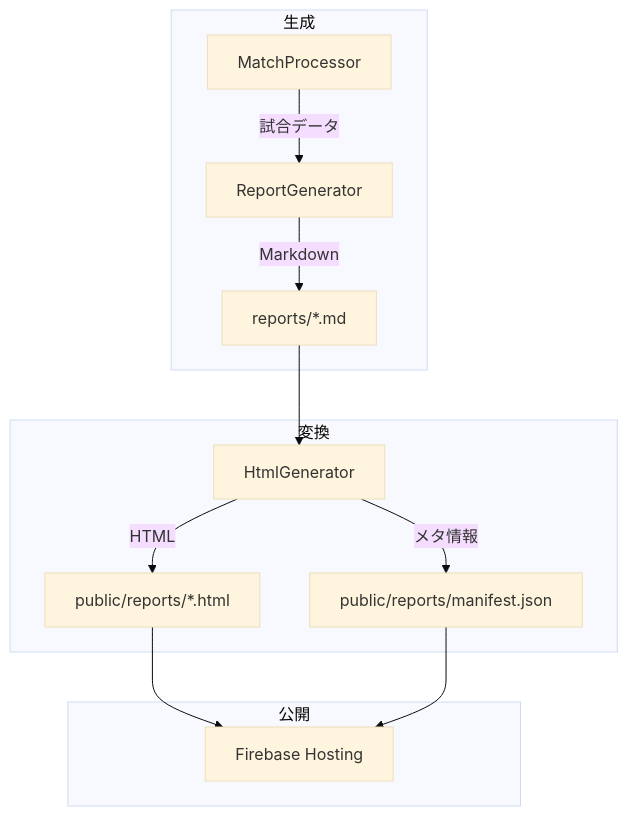
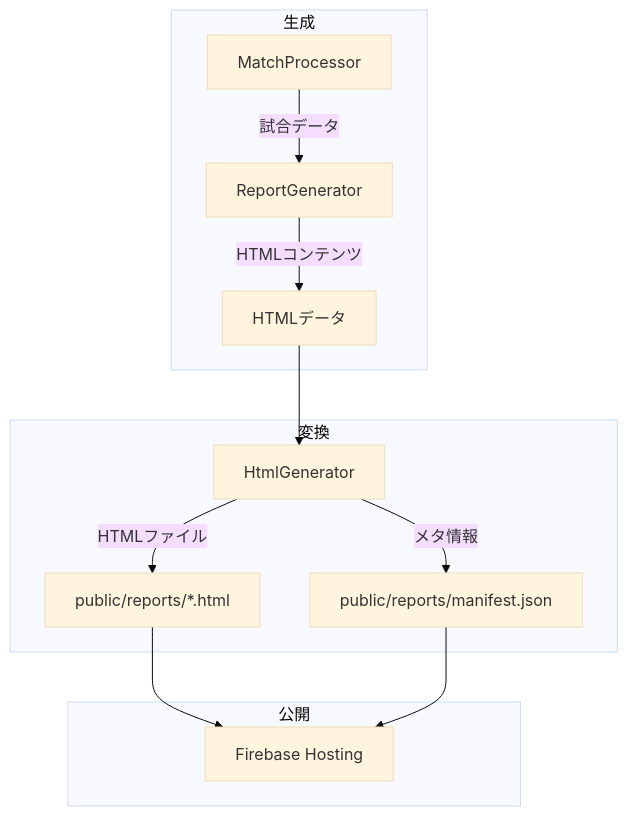
One commit to igrekplus/football-delay-watching changed the third of 3 diagrams in docs/04_operations/deployment.md. Above: the diagram before and after it, drawn with Mermaid (base theme). The commit also changed other lines of this file and 7 other files, not shown here.

````diff
--- a/docs/04_operations/deployment.md
+++ b/docs/04_operations/deployment.md
@@ -196,18 +195,18 @@
 ```mermaid
 flowchart TD
     subgraph 生成
         A[MatchProcessor] -->|試合データ| B[ReportGenerator]
-        B -->|Markdown| C[reports/*.md]
+        B -->|HTMLコンテンツ| C[HTMLデータ]
     end
     
     subgraph 変換
         C --> D[HtmlGenerator]
-        D -->|HTML| E[public/reports/*.html]
+        D -->|HTMLファイル| E[public/reports/*.html]
         D -->|メタ情報| F[public/reports/manifest.json]
     end
     
     subgraph 公開
         E --> G[Firebase Hosting]
         F --> G
     end
 ```
````
